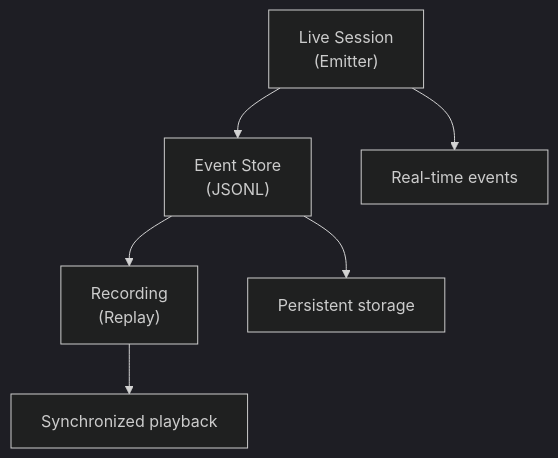
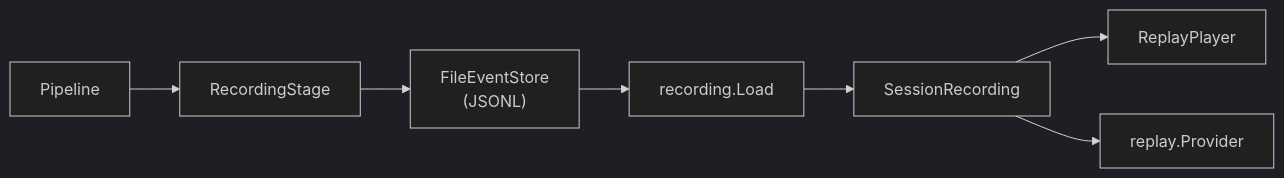
The first of 3 diagrams in docs/src/content/docs/arena/explanation/session-recording.md (AltairaLabs/promptarena), drawn with Mermaid (dark theme) before and after one commit. The commit also changed other lines of this file and 51 other files, not shown here.

First line of the commit message:
docs: refresh stale pages and verify run-in-ci and session recording (final sweep)

````diff
--- a/docs/src/content/docs/arena/explanation/session-recording.md
+++ b/docs/src/content/docs/arena/explanation/session-recording.md
@@ -14,8 +33,9 @@
 ```mermaid
-flowchart TD
-    ls["Live Session<br/>(Emitter)"] --> es["Event Store<br/>(JSONL)"]
-    es --> rec["Recording<br/>(Replay)"]
-    ls --> lsd["Real-time events"]
-    es --> esd["Persistent storage"]
-    rec --> recd["Synchronized playback"]
+flowchart LR
+    pipe["Pipeline"] --> rs["RecordingStage"]
+    rs --> fes["FileEventStore<br/>(JSONL)"]
+    fes --> load["recording.Load"]
+    load --> sr["SessionRecording"]
+    sr --> rp["ReplayPlayer"]
+    sr --> prov["replay.Provider"]
 ```
````
